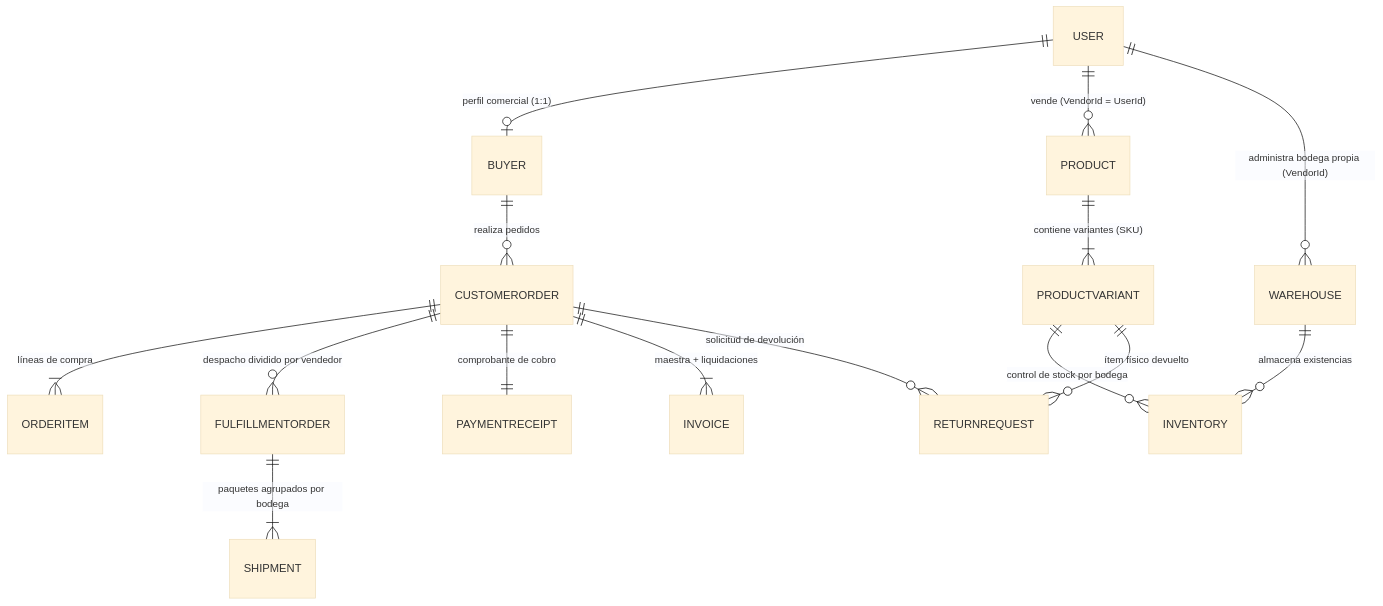
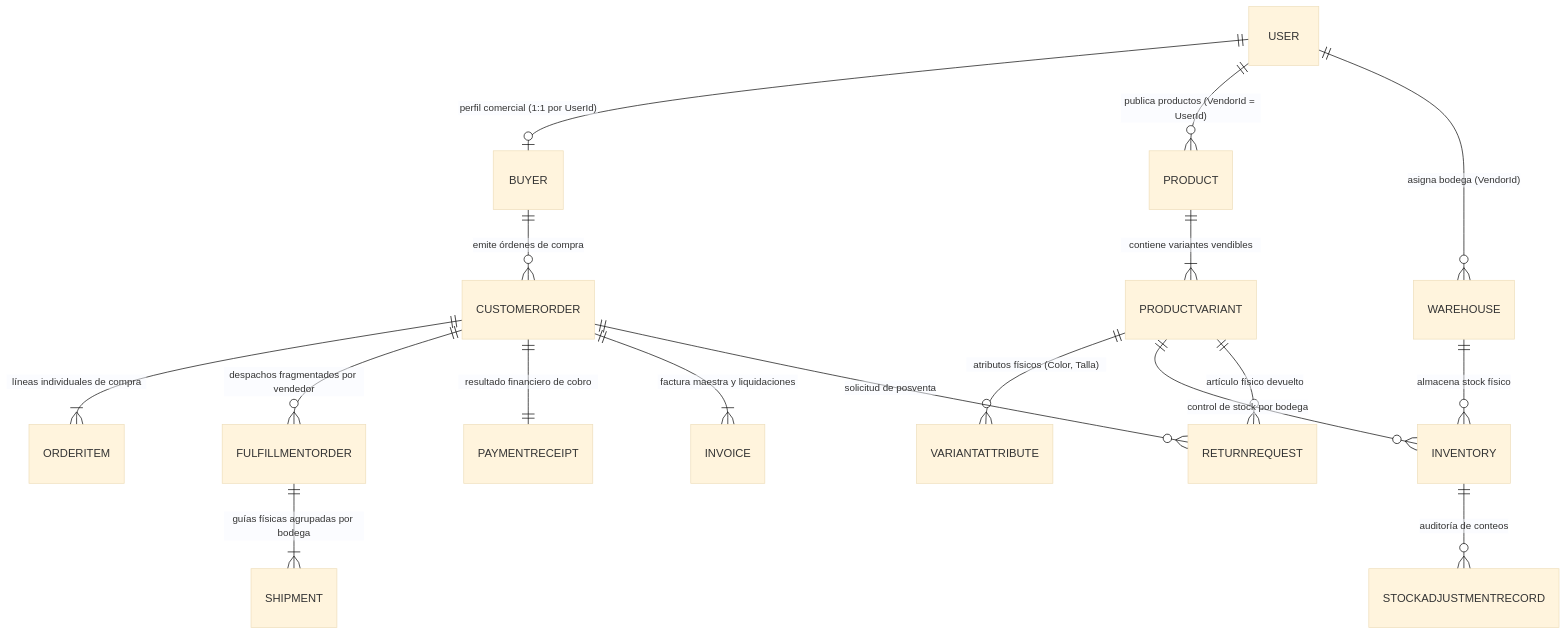
One commit to D-MachadoDev/Zentric changed the diagram in backendSDD/Domain/01-models.md. Above: the diagram before and after it, drawn with Mermaid (base theme). The commit also changed other lines of this file, not shown here.

Commit message:
docs(domain): enhance 01-models with markdown tables, child entities (Shipment, OrderItem), and methods

````diff
--- a/backendSDD/Domain/01-models.md
+++ b/backendSDD/Domain/01-models.md
@@ -9,21 +9,23 @@
 ```mermaid
 erDiagram
-    USER ||--o| BUYER : "perfil comercial (1:1)"
-    USER ||--o{ PRODUCT : "vende (VendorId = UserId)"
-    USER ||--o{ WAREHOUSE : "administra bodega propia (VendorId)"
+    USER ||--o| BUYER : "perfil comercial (1:1 por UserId)"
+    USER ||--o{ PRODUCT : "publica productos (VendorId = UserId)"
+    USER ||--o{ WAREHOUSE : "asigna bodega (VendorId)"
     
-    PRODUCT ||--|{ PRODUCTVARIANT : "contiene variantes (SKU)"
+    PRODUCT ||--|{ PRODUCTVARIANT : "contiene variantes vendibles"
+    PRODUCTVARIANT ||--o{ VARIANTATTRIBUTE : "atributos físicos (Color, Talla)"
     PRODUCTVARIANT ||--o{ INVENTORY : "control de stock por bodega"
-    WAREHOUSE ||--o{ INVENTORY : "almacena existencias"
+    WAREHOUSE ||--o{ INVENTORY : "almacena stock físico"
+    INVENTORY ||--o{ STOCKADJUSTMENTRECORD : "auditoría de conteos"
     
-    BUYER ||--o{ CUSTOMERORDER : "realiza pedidos"
-    CUSTOMERORDER ||--|{ ORDERITEM : "líneas de compra"
-    CUSTOMERORDER ||--o{ FULFILLMENTORDER : "despacho dividido por vendedor"
-    FULFILLMENTORDER ||--|{ SHIPMENT : "paquetes agrupados por bodega"
+    BUYER ||--o{ CUSTOMERORDER : "emite órdenes de compra"
+    CUSTOMERORDER ||--|{ ORDERITEM : "líneas individuales de compra"
+    CUSTOMERORDER ||--o{ FULFILLMENTORDER : "despachos fragmentados por vendedor"
+    FULFILLMENTORDER ||--|{ SHIPMENT : "guías físicas agrupadas por bodega"
     
-    CUSTOMERORDER ||--|| PAYMENTRECEIPT : "comprobante de cobro"
-    CUSTOMERORDER ||--|{ INVOICE : "maestra + liquidaciones"
+    CUSTOMERORDER ||--|| PAYMENTRECEIPT : "resultado financiero de cobro"
+    CUSTOMERORDER ||--|{ INVOICE : "factura maestra y liquidaciones"
     
-    CUSTOMERORDER ||--o{ RETURNREQUEST : "solicitud de devolución"
-    PRODUCTVARIANT ||--o{ RETURNREQUEST : "ítem físico devuelto"
+    CUSTOMERORDER ||--o{ RETURNREQUEST : "solicitud de posventa"
+    PRODUCTVARIANT ||--o{ RETURNREQUEST : "artículo físico devuelto"
 ```
````
